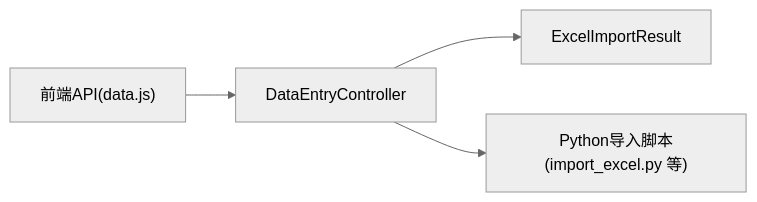
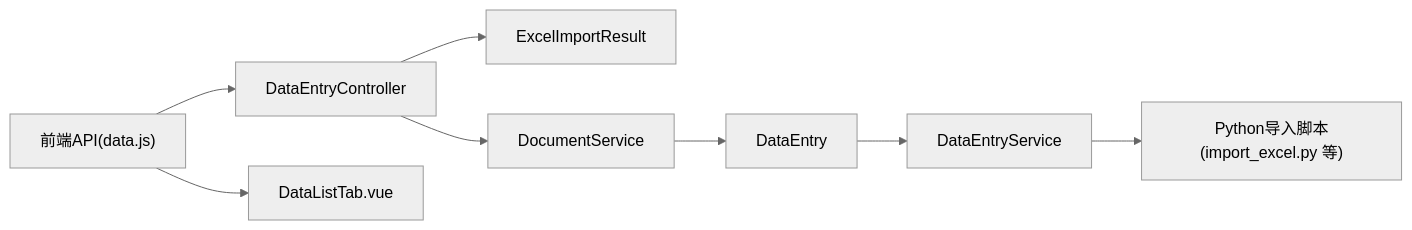
Before and after one commit to kinke0/ProductList: the seventh of 7 diagrams in .qoder/repowiki/zh/content/API接口文档/数据操作API/数据导入导出.md, drawn with Mermaid (neutral theme). The commit also changed other lines of this file and 106 other files, not shown here.

Commit message:
V1.1.0: 修复清单导航树不匹配+统计视图加载遮罩+上下移提示

````diff
--- a/.qoder/repowiki/zh/content/API接口文档/数据操作API/数据导入导出.md
+++ b/.qoder/repowiki/zh/content/API接口文档/数据操作API/数据导入导出.md
@@ -207,6 +313,10 @@
 ```mermaid
 graph LR
 FE["前端API(data.js)"] --> CTRL["DataEntryController"]
 CTRL --> DTO["ExcelImportResult"]
-CTRL --> PY["Python导入脚本(import_excel.py 等)"]
+CTRL --> DOC["DocumentService"]
+DOC --> DATA["DataEntry"]
+DATA --> SERVICE["DataEntryService"]
+FE --> COMP["DataListTab.vue"]
+SERVICE --> PY["Python导入脚本(import_excel.py 等)"]
 ```
````
